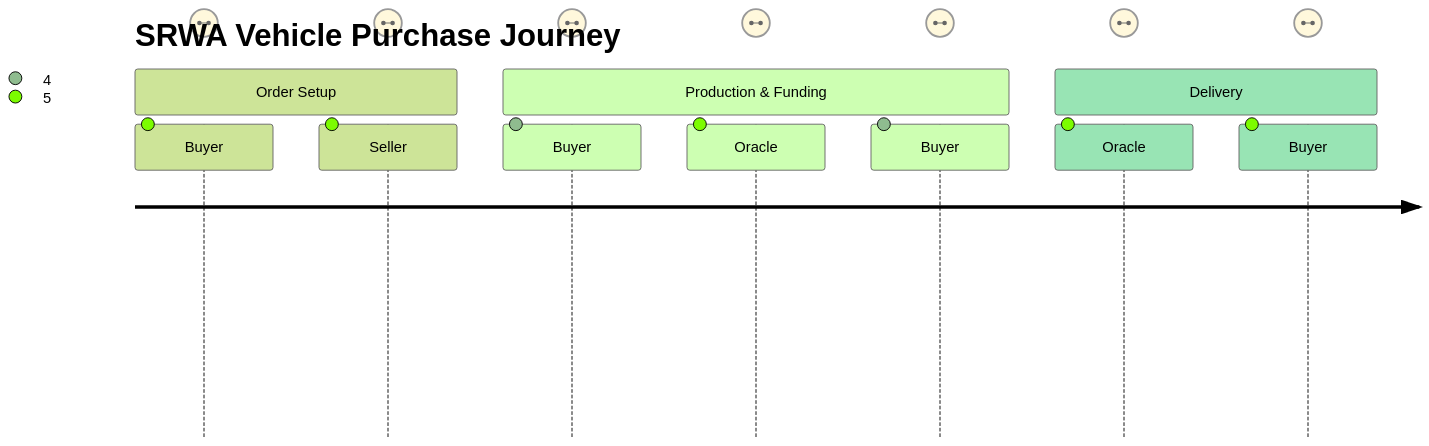
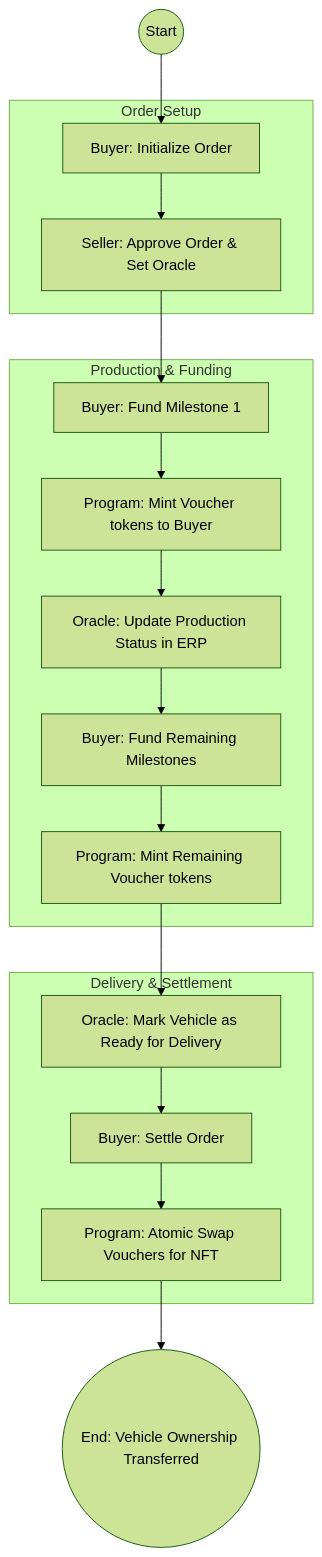
Before and after one commit to Solo-RWA-token/Solo-RWA: the second of 7 diagrams in escrow-program/readme.md, drawn with Mermaid (forest theme). The commit also changed other lines of this file, not shown here.

Commit message:
refactor again

````diff
--- a/escrow-program/readme.md
+++ b/escrow-program/readme.md
@@ -49,14 +49,33 @@
 ```mermaid
-journey
-    title SRWA Vehicle Purchase Journey
-    section Order Setup
-      Buyer: Initialize Order: 5: Order PDA created
-      Seller: Approve Order: 5: Voucher Mint created
-    section Production & Funding
-      Buyer: Fund Milestone 1: 4: Vouchers received
-      Oracle: Update Production Status: 5: Off-chain ERP sync
-      Buyer: Fund Milestone 2: 4: More Vouchers received
-    section Delivery
-      Oracle: Mark Ready for Delivery: 5: Status updated to Ready
-      Buyer: Execute Settle Order: 5: NFT received, Vouchers burned
+flowchart TD
+    Start((Start)) --> Init[Buyer: Initialize Order]
+    Init --> Approve[Seller: Approve Order & Set Oracle]
+    Approve --> Fund1[Buyer: Fund Milestone 1]
+    Fund1 --> MintV1[Program: Mint Voucher tokens to Buyer]
+    MintV1 --> Prod1[Oracle: Update Production Status in ERP]
+    Prod1 --> Fund2[Buyer: Fund Remaining Milestones]
+    Fund2 --> MintV2[Program: Mint Remaining Voucher tokens]
+    MintV2 --> FinalProd[Oracle: Mark Vehicle as Ready for Delivery]
+    FinalProd --> Settle[Buyer: Settle Order]
+    Settle --> Swap[Program: Atomic Swap Vouchers for NFT]
+    Swap --> End((End: Vehicle Ownership Transferred))
+
+    subgraph "Order Setup"
+        Init
+        Approve
+    end
+
+    subgraph "Production & Funding"
+        Fund1
+        MintV1
+        Prod1
+        Fund2
+        MintV2
+    end
+
+    subgraph "Delivery & Settlement"
+        FinalProd
+        Settle
+        Swap
+    end
 ```
````
